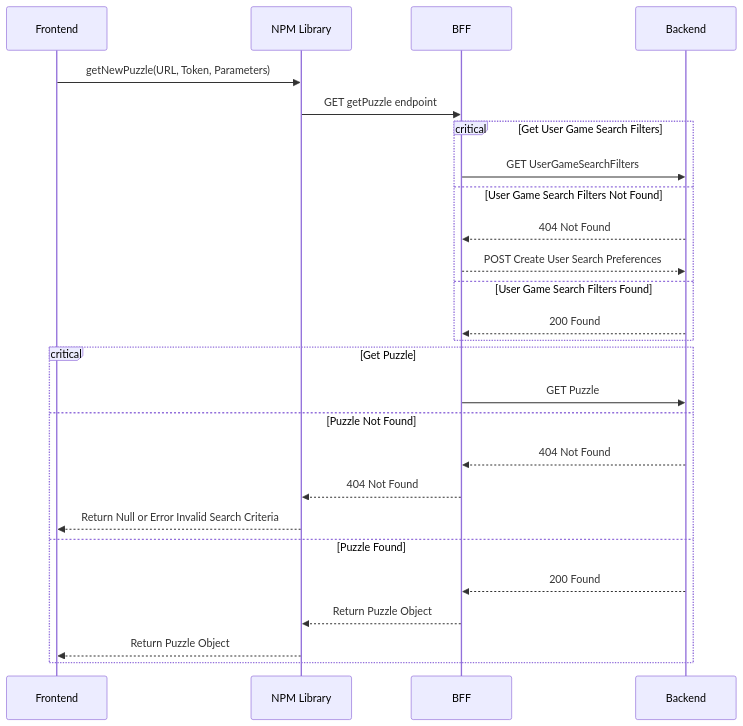
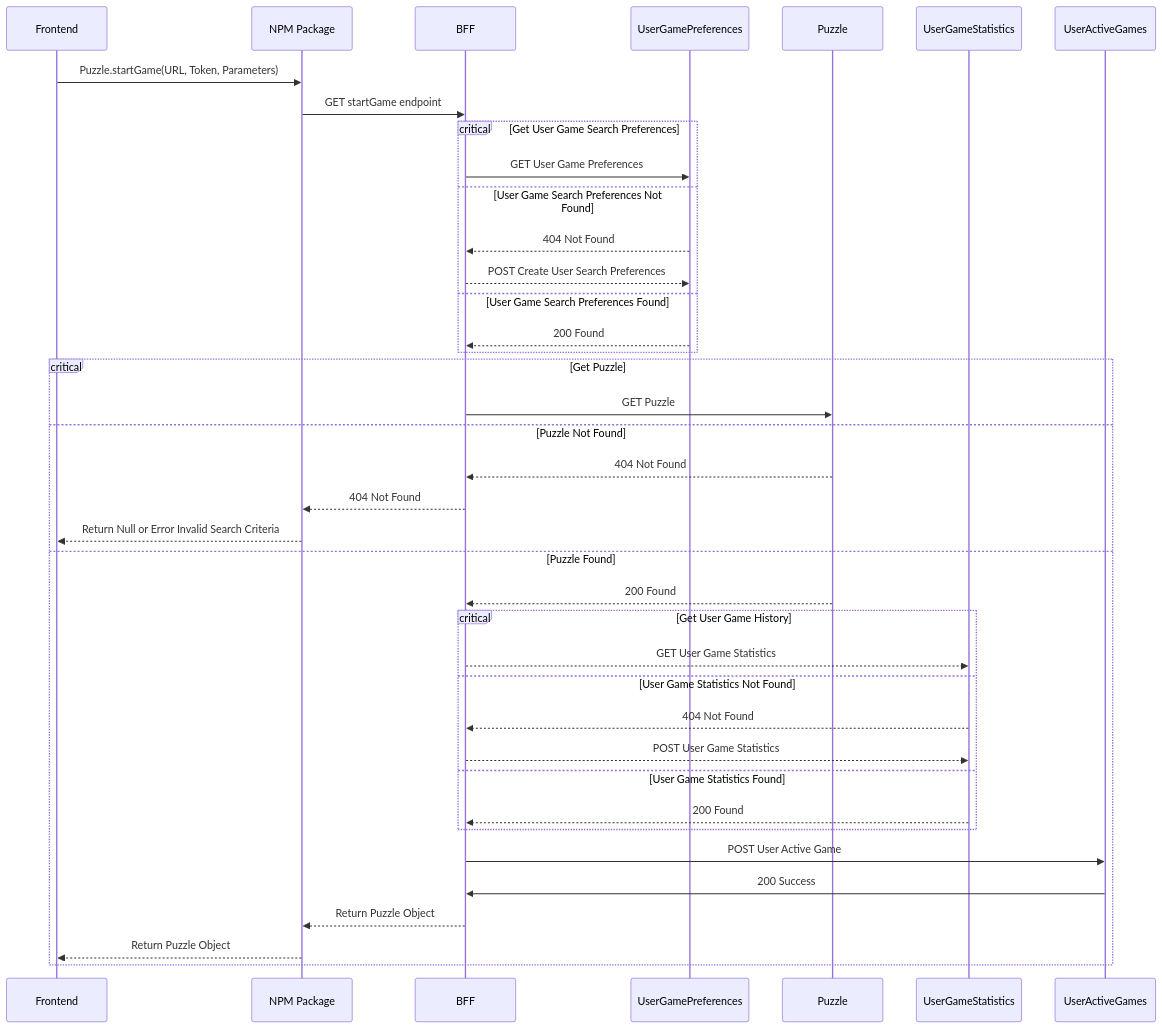
One commit to Sudokuru/Puzzle changed the first of 4 diagrams in Documentation/Diagrams/SequenceDiagram.md. Above: the diagram before and after it, drawn with Mermaid. The commit also changed other lines of this file and 1 other file, not shown here.

````diff
--- a/Documentation/Diagrams/SequenceDiagram.md
+++ b/Documentation/Diagrams/SequenceDiagram.md
@@ -6,32 +26,45 @@
 ```mermaid
 sequenceDiagram
     participant Frontend
-    participant NPM Library
+    participant NPM Package
     participant BFF
-    participant Backend
+    participant UserGamePreferences
+    participant Puzzle
+    participant UserGameStatistics
+    participant UserActiveGames
     
-    #GetNewPuzzle
-    Frontend->>NPM Library: getNewPuzzle(URL, Token, Parameters)
-    NPM Library->>BFF: GET getPuzzle endpoint
+    #Start Game
+    Frontend->>NPM Package: Puzzle.startGame(URL, Token, Parameters)
+    NPM Package->>BFF: GET startGame endpoint
 
-    critical Get User Game Search Filters
-        BFF->>Backend: GET UserGameSearchFilters
-    option User Game Search Filters Not Found
-        Backend-->>BFF: 404 Not Found
-        BFF-->>Backend: POST Create User Search Preferences
-    option User Game Search Filters Found
-        Backend-->>BFF: 200 Found
+    critical Get User Game Search Preferences
+        BFF->>UserGamePreferences: GET User Game Preferences
+    option User Game Search Preferences Not Found
+        UserGamePreferences-->>BFF: 404 Not Found
+        BFF-->>UserGamePreferences: POST Create User Search Preferences
+    option User Game Search Preferences Found
+        UserGamePreferences-->>BFF: 200 Found
     end
 
     critical Get Puzzle
-        BFF->>Backend: GET Puzzle
+        BFF->>Puzzle: GET Puzzle
     option Puzzle Not Found
-        Backend-->>BFF: 404 Not Found
-        BFF-->>NPM Library: 404 Not Found
-        NPM Library-->>Frontend: Return Null or Error Invalid Search Criteria
+        Puzzle-->>BFF: 404 Not Found
+        BFF-->>NPM Package: 404 Not Found
+        NPM Package-->>Frontend: Return Null or Error Invalid Search Criteria
     option Puzzle Found
-        Backend-->>BFF: 200 Found
-        BFF-->>NPM Library: Return Puzzle Object
-        NPM Library-->>Frontend: Return Puzzle Object
+        Puzzle-->>BFF: 200 Found
+        critical Get User Game History
+            BFF-->>UserGameStatistics: GET User Game Statistics
+        option User Game Statistics Not Found
+            UserGameStatistics-->>BFF: 404 Not Found
+            BFF-->>UserGameStatistics: POST User Game Statistics
+        option User Game Statistics Found
+            UserGameStatistics-->>BFF: 200 Found
+        end
+        BFF->>UserActiveGames: POST User Active Game
+        UserActiveGames->>BFF: 200 Success
+        BFF-->>NPM Package: Return Puzzle Object
+        NPM Package-->>Frontend: Return Puzzle Object
     end
 ```
````
